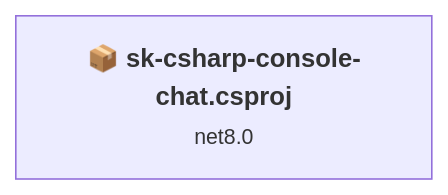
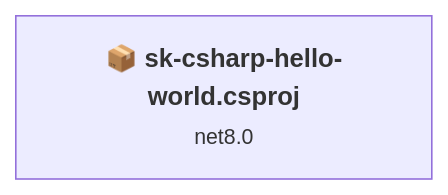
One commit to NatYou345/semantic-kernel-starters changed the first of 2 diagrams in .github/upgrades/scenarios/dotnet-version-upgrade/assessment.md. Above: the diagram before and after it, drawn with Mermaid. The commit also changed other lines of this file and 9 other files, not shown here.

Commit message:
upgrade: Upgrade sk-csharp-hello-world from net8.0 to net10.0

````diff
--- a/.github/upgrades/scenarios/dotnet-version-upgrade/assessment.md
+++ b/.github/upgrades/scenarios/dotnet-version-upgrade/assessment.md
@@ -90,6 +91,6 @@
 ```mermaid
 flowchart LR
-    P1["<b>📦&nbsp;sk-csharp-console-chat.csproj</b><br/><small>net8.0</small>"]
-    click P1 "#sk-csharp-console-chatcsproj"
+    P1["<b>📦&nbsp;sk-csharp-hello-world.csproj</b><br/><small>net8.0</small>"]
+    click P1 "#sk-csharp-hello-worldcsproj"
 
 ```
````
